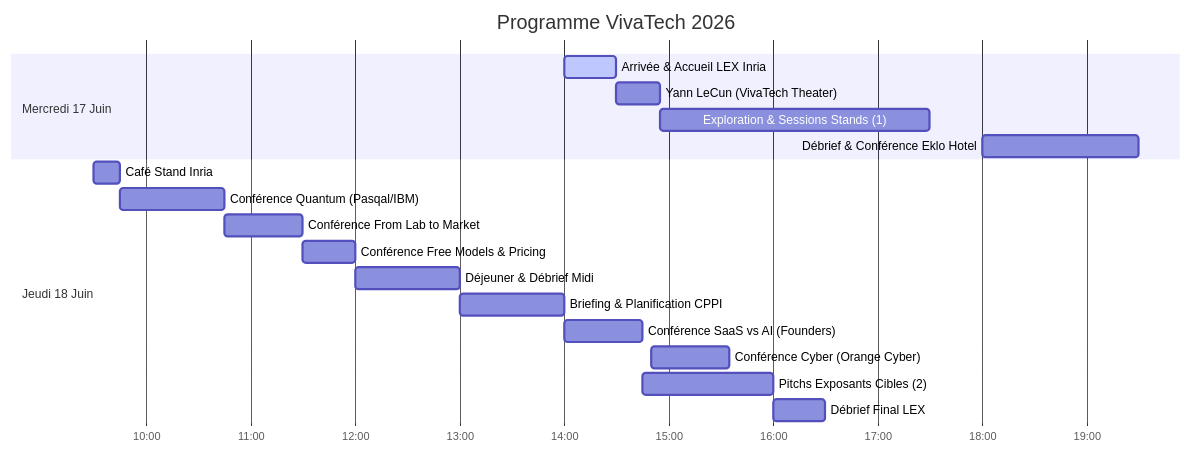
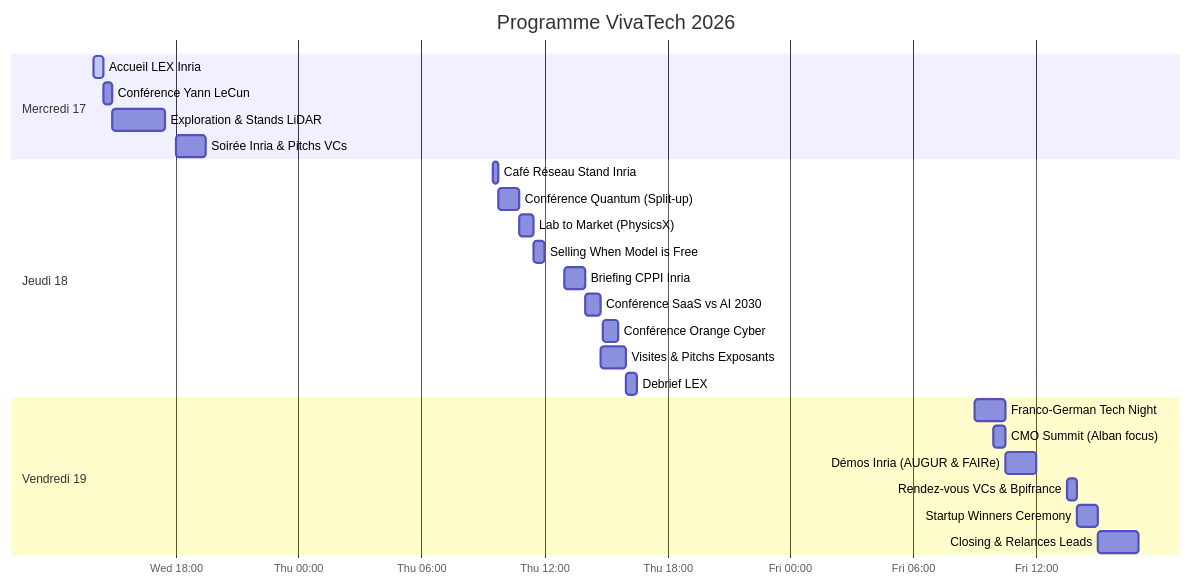
The diagram in README.md (Ludwig-H/VivaTech2026), drawn with Mermaid before and after one commit. The commit also changed other lines of this file, not shown here.

Commit message:
docs: update VivaTech 2026 strategic guide and program

````diff
--- a/README.md
+++ b/README.md
@@ -51,24 +53,31 @@
 ```mermaid
 gantt
     title Programme VivaTech 2026
-    dateFormat  HH:mm
-    axisFormat %H:%M
+    dateFormat  YYYY-MM-DD HH:mm
+    axisFormat %a %H:%M
     
-    section Mercredi 17 Juin
-    Arrivée & Accueil LEX Inria        :active, 14:00, 14:30
-    Yann LeCun (VivaTech Theater)     : 14:30, 14:55
-    Exploration & Sessions Stands (1) : 14:55, 17:30
-    Débrief & Conférence Eklo Hotel   : 18:00, 19:30
+    section Mercredi 17
+    Accueil LEX Inria :active, 2026-06-17 14:00, 2026-06-17 14:30
+    Conférence Yann LeCun : 2026-06-17 14:30, 2026-06-17 14:55
+    Exploration & Stands LiDAR : 2026-06-17 14:55, 2026-06-17 17:30
+    Soirée Inria & Pitchs VCs : 2026-06-17 18:00, 2026-06-17 19:30
     
-    section Jeudi 18 Juin
-    Café Stand Inria                  : 09:30, 09:45
-    Conférence Quantum (Pasqal/IBM)   : 09:45, 10:45
-    Conférence From Lab to Market     : 10:45, 11:30
-    Conférence Free Models & Pricing  : 11:30, 12:00
-    Déjeuner & Débrief Midi           : 12:00, 13:00
-    Briefing & Planification CPPI     : 13:00, 14:00
-    Conférence SaaS vs AI (Founders)  : 14:00, 14:45
-    Conférence Cyber (Orange Cyber)   : 14:50, 15:35
-    Pitchs Exposants Cibles (2)       : 14:45, 16:00
-    Débrief Final LEX                 : 16:00, 16:30
+    section Jeudi 18
+    Café Réseau Stand Inria : 2026-06-18 09:30, 2026-06-18 09:45
+    Conférence Quantum (Split-up) : 2026-06-18 09:45, 2026-06-18 10:45
+    Lab to Market (PhysicsX) : 2026-06-18 10:45, 2026-06-18 11:30
+    Selling When Model is Free : 2026-06-18 11:30, 2026-06-18 12:00
+    Briefing CPPI Inria : 2026-06-18 13:00, 2026-06-18 14:00
+    Conférence SaaS vs AI 2030 : 2026-06-18 14:00, 2026-06-18 14:45
+    Conférence Orange Cyber : 2026-06-18 14:50, 2026-06-18 15:35
+    Visites & Pitchs Exposants : 2026-06-18 14:45, 2026-06-18 16:00
+    Debrief LEX : 2026-06-18 16:00, 2026-06-18 16:30
+    
+    section Vendredi 19
+    Franco-German Tech Night : 2026-06-19 09:00, 2026-06-19 10:30
+    CMO Summit (Alban focus) : 2026-06-19 09:55, 2026-06-19 10:30
+    Démos Inria (AUGUR & FAIRe) : 2026-06-19 10:30, 2026-06-19 12:00
+    Rendez-vous VCs & Bpifrance : 2026-06-19 13:30, 2026-06-19 14:00
+    Startup Winners Ceremony : 2026-06-19 14:00, 2026-06-19 15:00
+    Closing & Relances Leads : 2026-06-19 15:00, 2026-06-19 17:00
 ```
````
